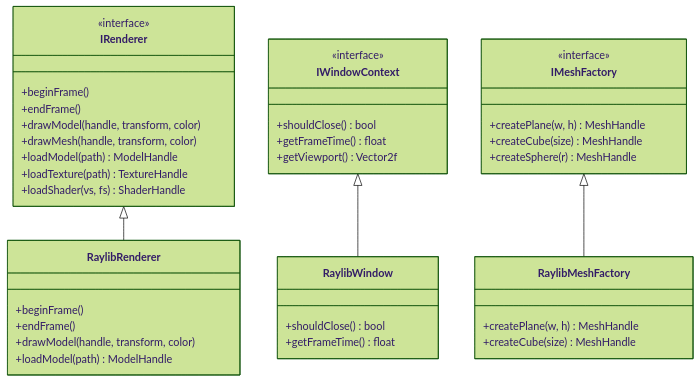
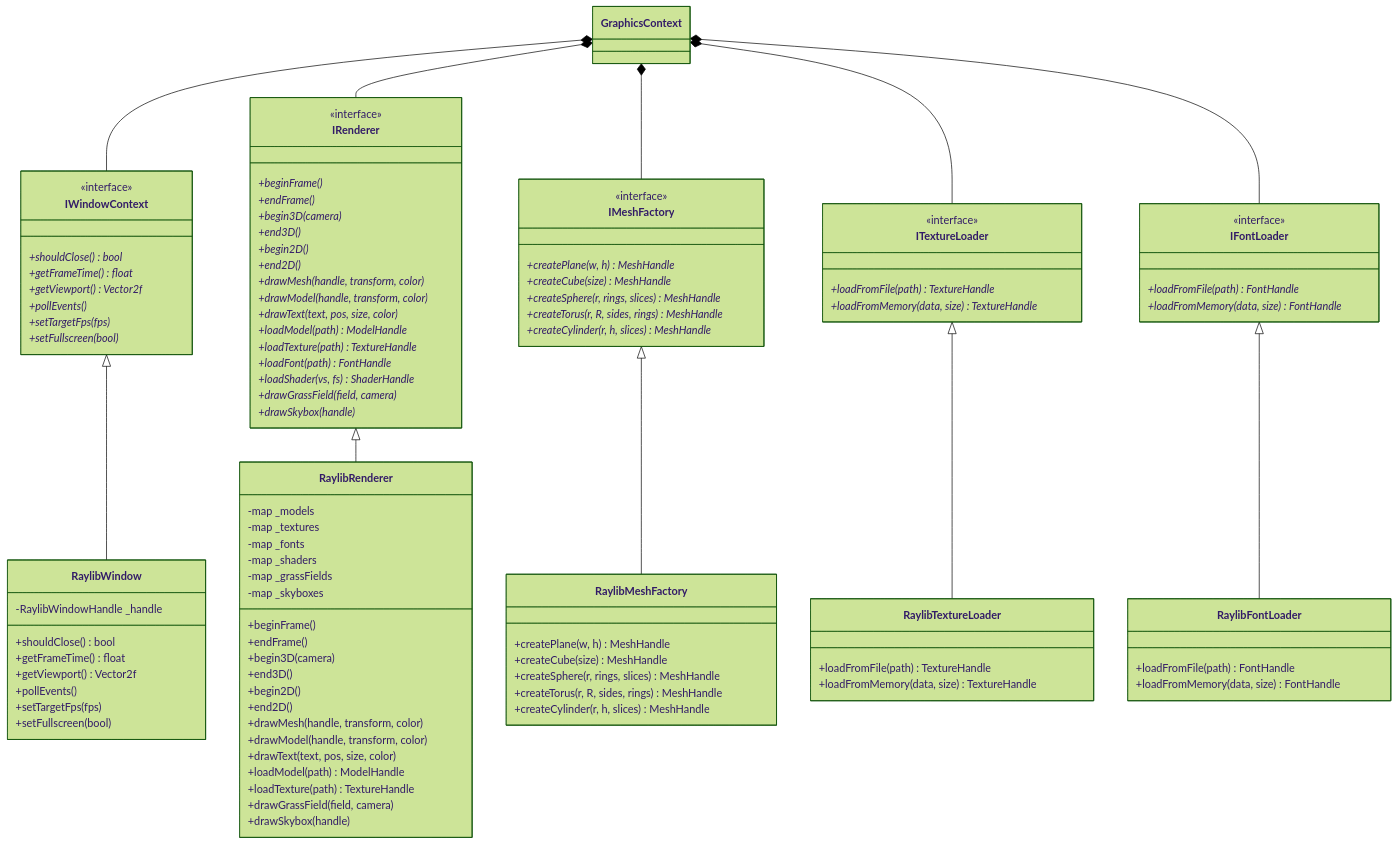
Before and after one commit to Saitamadupauvre/zappy: diagram 13 of 15 in gui/docs/CLASS_DIAGRAM.md, drawn with Mermaid (forest theme). The commit also changed other lines of this file and 142 other files, not shown here.

````diff
--- a/gui/docs/CLASS_DIAGRAM.md
+++ b/gui/docs/CLASS_DIAGRAM.md
@@ -370,47 +1235,112 @@
 
     class IRenderer {
         <<interface>>
-        +beginFrame()
-        +endFrame()
-        +drawModel(handle, transform, color)
-        +drawMesh(handle, transform, color)
-        +loadModel(path) ModelHandle
-        +loadTexture(path) TextureHandle
-        +loadShader(vs, fs) ShaderHandle
+        +beginFrame()*
+        +endFrame()*
+        +begin3D(camera)*
+        +end3D()*
+        +begin2D()*
+        +end2D()*
+        +drawMesh(handle, transform, color)*
+        +drawModel(handle, transform, color)*
+        +drawText(text, pos, size, color)*
+        +loadModel(path) ModelHandle*
+        +loadTexture(path) TextureHandle*
+        +loadFont(path) FontHandle*
+        +loadShader(vs, fs) ShaderHandle*
+        +drawGrassField(field, camera)*
+        +drawSkybox(handle)*
     }
 
     class IWindowContext {
         <<interface>>
-        +shouldClose() bool
-        +getFrameTime() float
-        +getViewport() Vector2f
+        +shouldClose() bool*
+        +getFrameTime() float*
+        +getViewport() Vector2f*
+        +pollEvents()*
+        +setTargetFps(fps)*
+        +setFullscreen(bool)*
     }
 
     class IMeshFactory {
         <<interface>>
-        +createPlane(w, h) MeshHandle
-        +createCube(size) MeshHandle
-        +createSphere(r) MeshHandle
+        +createPlane(w, h) MeshHandle*
+        +createCube(size) MeshHandle*
+        +createSphere(r, rings, slices) MeshHandle*
+        +createTorus(r, R, sides, rings) MeshHandle*
+        +createCylinder(r, h, slices) MeshHandle*
+    }
+
+    class ITextureLoader {
+        <<interface>>
+        +loadFromFile(path) TextureHandle*
+        +loadFromMemory(data, size) TextureHandle*
+    }
+
+    class IFontLoader {
+        <<interface>>
+        +loadFromFile(path) FontHandle*
+        +loadFromMemory(data, size) FontHandle*
     }
 
     class RaylibRenderer {
+        -map _models
+        -map _textures
+        -map _fonts
+        -map _shaders
+        -map _grassFields
+        -map _skyboxes
         +beginFrame()
         +endFrame()
+        +begin3D(camera)
+        +end3D()
+        +begin2D()
+        +end2D()
+        +drawMesh(handle, transform, color)
         +drawModel(handle, transform, color)
+        +drawText(text, pos, size, color)
         +loadModel(path) ModelHandle
+        +loadTexture(path) TextureHandle
+        +drawGrassField(field, camera)
+        +drawSkybox(handle)
     }
 
     class RaylibWindow {
+        -RaylibWindowHandle _handle
         +shouldClose() bool
         +getFrameTime() float
+        +getViewport() Vector2f
+        +pollEvents()
+        +setTargetFps(fps)
+        +setFullscreen(bool)
     }
 
     class RaylibMeshFactory {
         +createPlane(w, h) MeshHandle
         +createCube(size) MeshHandle
+        +createSphere(r, rings, slices) MeshHandle
+        +createTorus(r, R, sides, rings) MeshHandle
+        +createCylinder(r, h, slices) MeshHandle
+    }
+
+    class RaylibTextureLoader {
+        +loadFromFile(path) TextureHandle
+        +loadFromMemory(data, size) TextureHandle
+    }
+
+    class RaylibFontLoader {
+        +loadFromFile(path) FontHandle
+        +loadFromMemory(data, size) FontHandle
     }
 
     IRenderer <|-- RaylibRenderer
     IWindowContext <|-- RaylibWindow
     IMeshFactory <|-- RaylibMeshFactory
+    ITextureLoader <|-- RaylibTextureLoader
+    IFontLoader <|-- RaylibFontLoader
+    GraphicsContext *-- IWindowContext
+    GraphicsContext *-- IRenderer
+    GraphicsContext *-- IMeshFactory
+    GraphicsContext *-- ITextureLoader
+    GraphicsContext *-- IFontLoader
 ```
````
